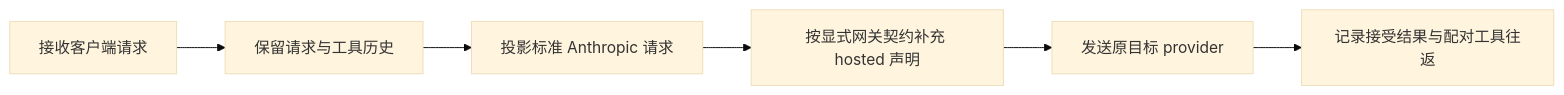
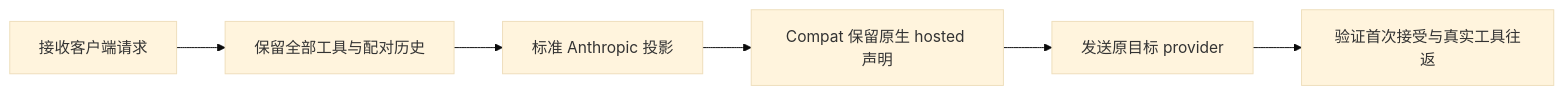
The diagram in docs/architecture/wiki/v3-goaichat-hosted-tool-history-compat.md (Jasonzhangf/routecodex), drawn with Mermaid (base theme) before and after one commit. The commit also changed other lines of this file and 4 other files, not shown here.

````diff
--- a/docs/architecture/wiki/v3-goaichat-hosted-tool-history-compat.md
+++ b/docs/architecture/wiki/v3-goaichat-hosted-tool-history-compat.md
@@ -29,8 +26,8 @@
 ```mermaid
 flowchart LR
-    A[接收客户端请求] --> B[保留请求与工具历史]
-    B --> C[投影标准 Anthropic 请求]
-    C --> D[按显式网关契约补充 hosted 声明]
+    A[接收客户端请求] --> B[保留全部工具与配对历史]
+    B --> C[标准 Anthropic 投影]
+    C --> D[Compat 保留原生 hosted 声明]
     D --> E[发送原目标 provider]
-    E --> F[记录接受结果与配对工具往返]
+    E --> F[验证首次接受与真实工具往返]
 ```
````
